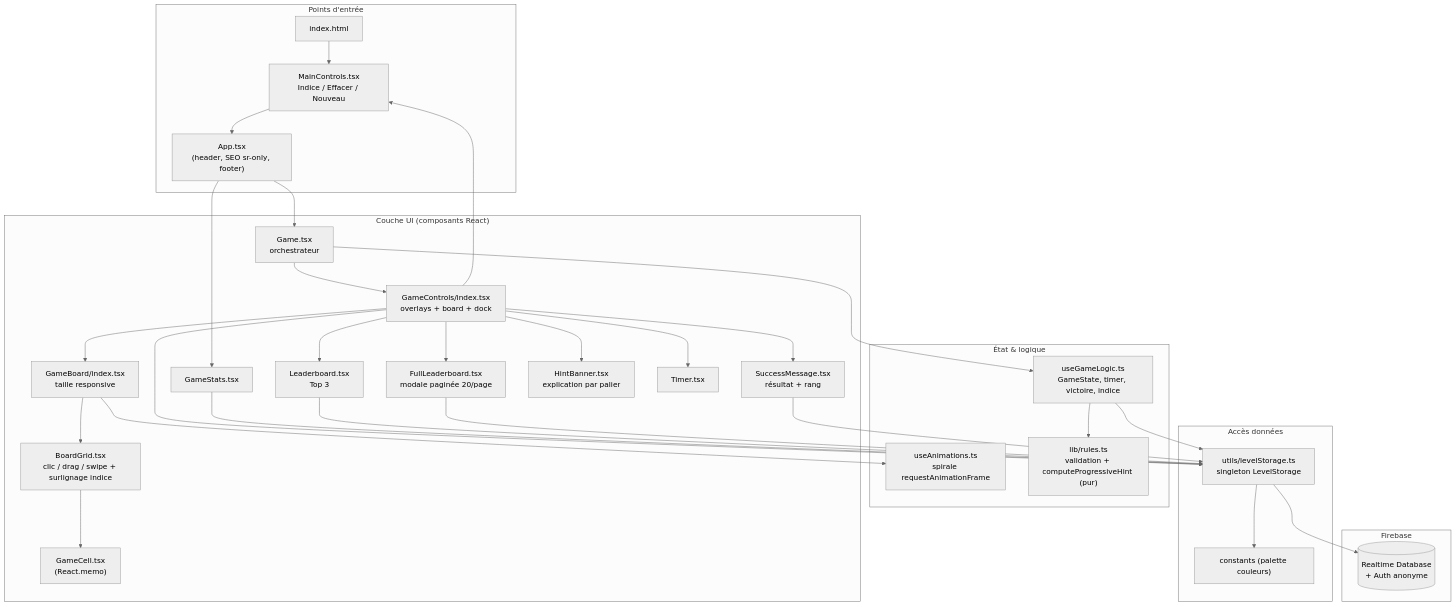
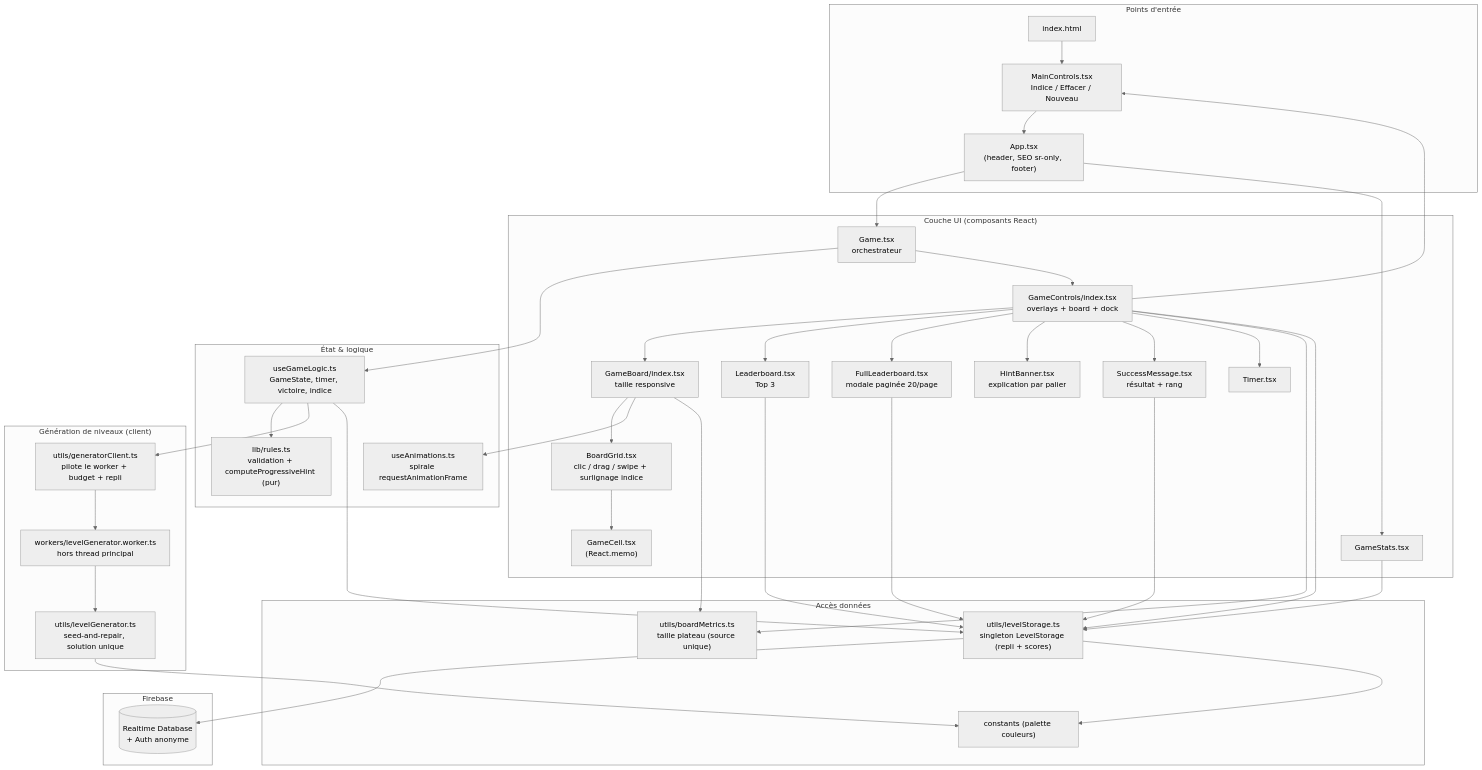
Before and after one commit to creach-t/queens-game-web: the first of 4 diagrams in docs/ARCHITECTURE.md, drawn with Mermaid (neutral theme). The commit also changed other lines of this file and 10 other files, not shown here.

First line of the commit message:
feat(levels): client-side unique-solution generator + responsive layout fixes

````diff
--- a/docs/ARCHITECTURE.md
+++ b/docs/ARCHITECTURE.md
@@ -13,61 +18,73 @@
 ```mermaid
 flowchart TD
     subgraph Entry["Points d'entrée"]
         HTML["index.html"]
         MAIN["main.tsx<br/>(ReactDOM.createRoot)"]
         APP["App.tsx<br/>(header, SEO sr-only, footer)"]
     end
 
     subgraph UI["Couche UI (composants React)"]
         GAME["Game.tsx<br/>orchestrateur"]
         GC["GameControls/index.tsx<br/>overlays + board + dock"]
         BOARD["GameBoard/index.tsx<br/>taille responsive"]
         GRID["BoardGrid.tsx<br/>clic / drag / swipe + surlignage indice"]
         CELL["GameCell.tsx<br/>(React.memo)"]
         STATS["GameStats.tsx"]
         LB["Leaderboard.tsx<br/>Top 3"]
         FULL["FullLeaderboard.tsx<br/>modale paginée 20/page"]
         SUCCESS["SuccessMessage.tsx<br/>résultat + rang"]
         MAIN["MainControls.tsx<br/>Indice / Effacer / Nouveau"]
         HINT["HintBanner.tsx<br/>explication par palier"]
         TIMER["Timer.tsx"]
     end
 
     subgraph State["État & logique"]
         HOOK["useGameLogic.ts<br/>GameState, timer, victoire, indice"]
         ANIM["useAnimations.ts<br/>spirale requestAnimationFrame"]
         RULES["lib/rules.ts<br/>validation + computeProgressiveHint (pur)"]
     end
 
+    subgraph Gen["Génération de niveaux (client)"]
+        GCLIENT["utils/generatorClient.ts<br/>pilote le worker + budget + repli"]
+        WORKER["workers/levelGenerator.worker.ts<br/>hors thread principal"]
+        GENERATOR["utils/levelGenerator.ts<br/>seed-and-repair, solution unique"]
+    end
+
     subgraph Data["Accès données"]
-        STORE["utils/levelStorage.ts<br/>singleton LevelStorage"]
+        STORE["utils/levelStorage.ts<br/>singleton LevelStorage (repli + scores)"]
+        METRICS["utils/boardMetrics.ts<br/>taille plateau (source unique)"]
         CONST["constants (palette couleurs)"]
     end
 
     subgraph Backend["Firebase"]
         FB[("Realtime Database<br/>+ Auth anonyme")]
     end
 
     HTML --> MAIN --> APP
     APP --> GAME
     APP --> STATS
     GAME --> HOOK
     GAME --> GC
     GC --> BOARD --> GRID --> CELL
     GC --> LB
     GC --> FULL
     GC --> MAIN
     GC --> HINT
     GC --> SUCCESS
     GC --> TIMER
+    GC --> METRICS
     BOARD --> ANIM
+    BOARD --> METRICS
     HOOK --> RULES
+    HOOK --> GCLIENT
+    GCLIENT --> WORKER --> GENERATOR
+    GENERATOR --> CONST
     HOOK --> STORE
     GC --> STORE
     STATS --> STORE
     LB --> STORE
     FULL --> STORE
     SUCCESS --> STORE
     STORE --> FB
     STORE --> CONST
 ```
````
